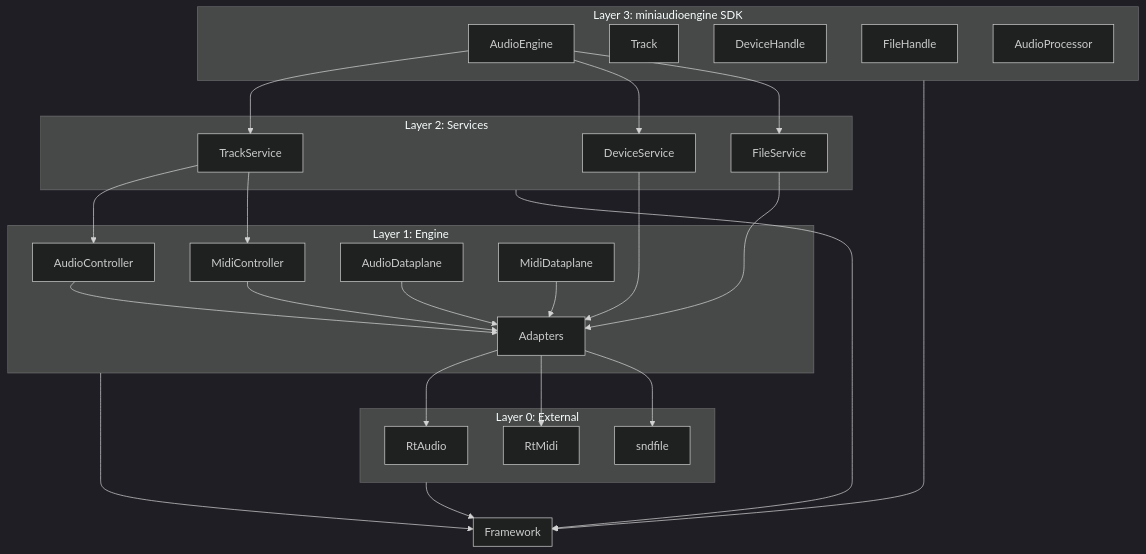
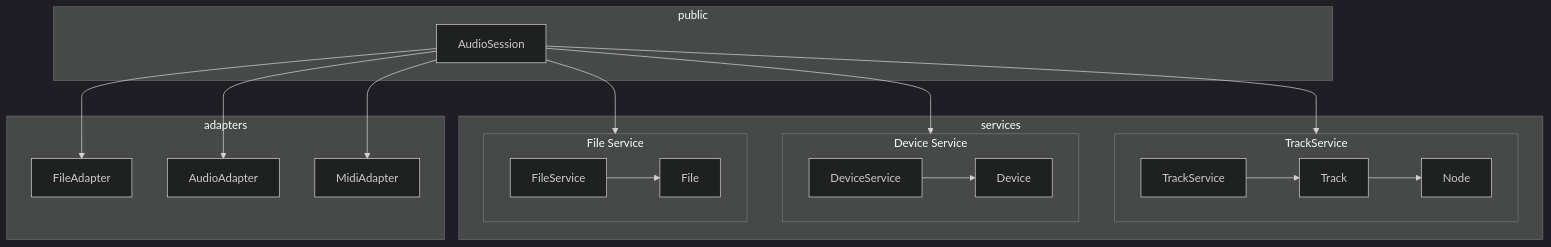
Before and after one commit to aidan-clyens/miniaudioengine: the ninth of 21 diagrams in docs/DESIGN_DOC.md, drawn with Mermaid (dark theme). The commit also changed other lines of this file, not shown here.

````diff
--- a/docs/DESIGN_DOC.md
+++ b/docs/DESIGN_DOC.md
@@ -284,57 +286,49 @@
 ```mermaid
 graph TD
-    subgraph Layer3["Layer 3: miniaudioengine SDK"]
-        AudioEngine
-        Track
-        DeviceHandle
-        FileHandle
-        AudioProcessor
+
+    subgraph public
+        AudioSession
     end
 
-    subgraph Layer2["Layer 2: Services"]
-        TrackService
-        DeviceService
-        FileService
+    subgraph services
+        graphService
+        deviceService
+        fileService
     end
 
-    subgraph Layer1["Layer 1: Engine"]
-        AudioController
-        MidiController
-        AudioDataplane
-        MidiDataplane
-        Adapters
+    subgraph graphService["TrackService"]
+        TrackService
+        Track
+        Node
     end
 
-    subgraph Layer0["Layer 0: External"]
-        RtAudio
-        RtMidi
-        sndfile
+    subgraph deviceService["Device Service"]
+        DeviceService
+        Device
     end
 
-    subgraph Framework
+    subgraph fileService["File Service"]
+        FileService
+        File
     end
 
-    AudioEngine --> TrackService
-    AudioEngine --> DeviceService
-    AudioEngine --> FileService
+    subgraph adapters
+        FileAdapter
+        AudioAdapter
+        MidiAdapter
+    end
 
-    TrackService --> AudioController
-    TrackService --> MidiController
+    AudioSession --> graphService
+    AudioSession --> deviceService
+    AudioSession --> fileService
 
-    DeviceService --> Adapters
-    FileService --> Adapters
+    AudioSession --> AudioAdapter
+    AudioSession --> MidiAdapter
+    AudioSession --> FileAdapter
 
-    AudioController --> Adapters
-    MidiController --> Adapters
-    AudioDataplane --> Adapters
-    MidiDataplane --> Adapters
+    TrackService --> Track
+    DeviceService --> Device
+    FileService --> File
 
-    Adapters --> RtAudio
-    Adapters --> RtMidi
-    Adapters --> sndfile
-
-    Layer3 --> Framework
-    Layer2 --> Framework
-    Layer1 --> Framework
-    Layer0 --> Framework
+    Track --> Node
 ```
````
